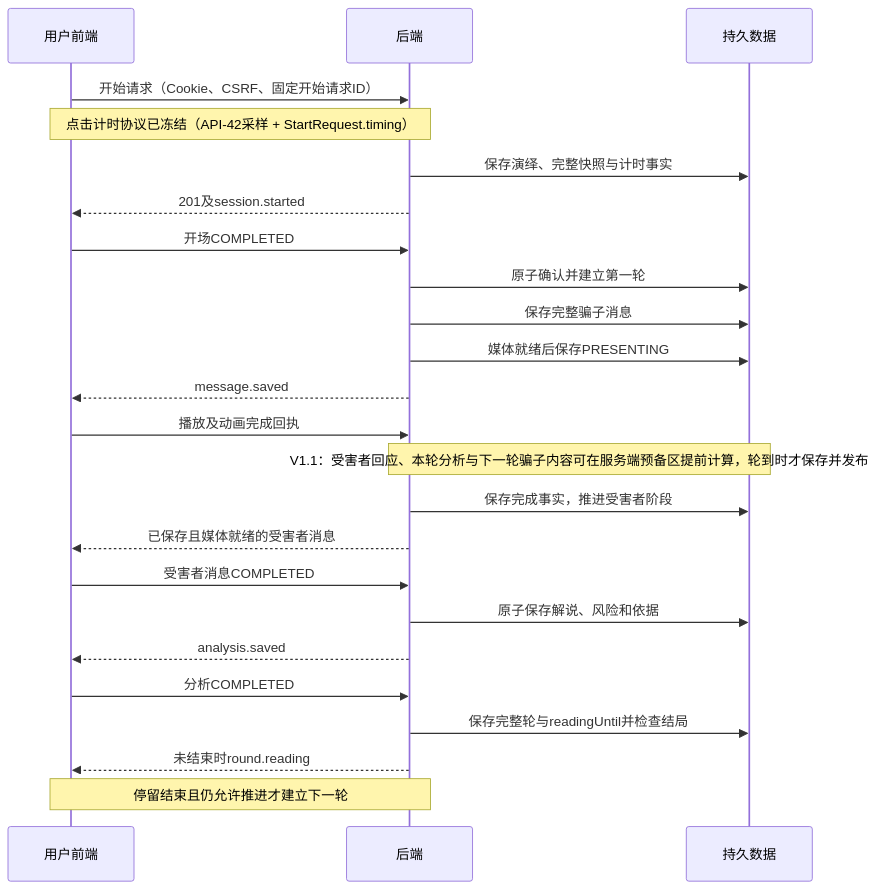
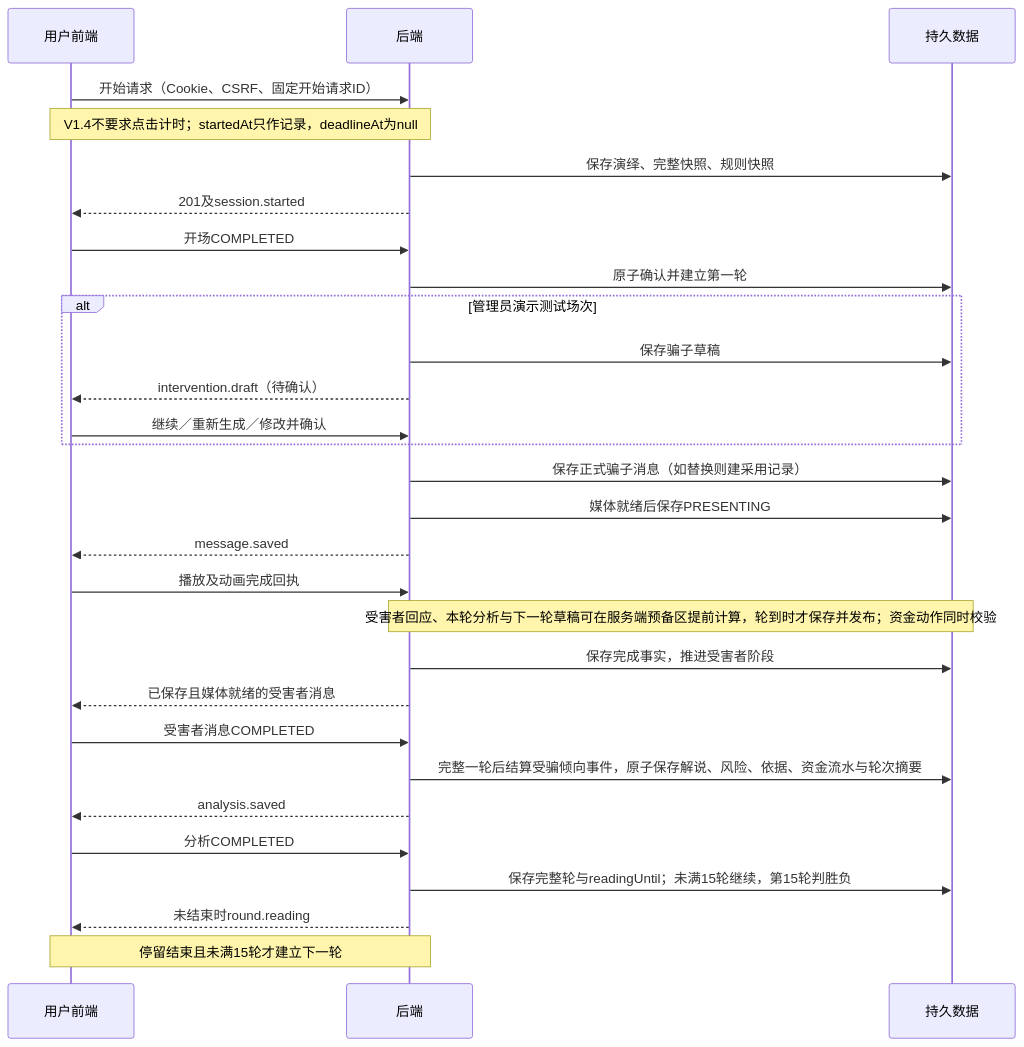
Before and after one commit to CARL-zhou7/AI-anti-scrm-new: the first of 4 diagrams in docs/AI反诈情景推演平台_接口文档_V1_1.md, drawn with Mermaid. The commit also changed other lines of this file and 131 other files, not shown here.

````diff
--- a/docs/AI反诈情景推演平台_接口文档_V1_1.md
+++ b/docs/AI反诈情景推演平台_接口文档_V1_1.md
@@ -156,26 +186,31 @@
 ```mermaid
 sequenceDiagram
   participant U as 用户前端
   participant B as 后端
   participant D as 持久数据
   U->>B: 开始请求（Cookie、CSRF、固定开始请求ID）
-  Note over U,B: 点击计时协议已冻结（API-42采样 + StartRequest.timing）
-  B->>D: 保存演绎、完整快照与计时事实
+  Note over U,B: V1.4不要求点击计时；startedAt只作记录，deadlineAt为null
+  B->>D: 保存演绎、完整快照、规则快照
   B-->>U: 201及session.started
   U->>B: 开场COMPLETED
   B->>D: 原子确认并建立第一轮
-  B->>D: 保存完整骗子消息
+  alt 管理员演示测试场次
+    B->>D: 保存骗子草稿
+    B-->>U: intervention.draft（待确认）
+    U->>B: 继续／重新生成／修改并确认
+  end
+  B->>D: 保存正式骗子消息（如替换则建采用记录）
   B->>D: 媒体就绪后保存PRESENTING
   B-->>U: message.saved
   U->>B: 播放及动画完成回执
-  Note over B,D: V1.1：受害者回应、本轮分析与下一轮骗子内容可在服务端预备区提前计算，轮到时才保存并发布
+  Note over B,D: 受害者回应、本轮分析与下一轮草稿可在服务端预备区提前计算，轮到时才保存并发布；资金动作同时校验
   B->>D: 保存完成事实，推进受害者阶段
   B-->>U: 已保存且媒体就绪的受害者消息
   U->>B: 受害者消息COMPLETED
-  B->>D: 原子保存解说、风险和依据
+  B->>D: 完整一轮后结算受骗倾向事件，原子保存解说、风险、依据、资金流水与轮次摘要
   B-->>U: analysis.saved
   U->>B: 分析COMPLETED
-  B->>D: 保存完整轮与readingUntil并检查结局
+  B->>D: 保存完整轮与readingUntil；未满15轮继续，第15轮判胜负
   B-->>U: 未结束时round.reading
-  Note over U,B: 停留结束且仍允许推进才建立下一轮
+  Note over U,B: 停留结束且未满15轮才建立下一轮
 ```
````
